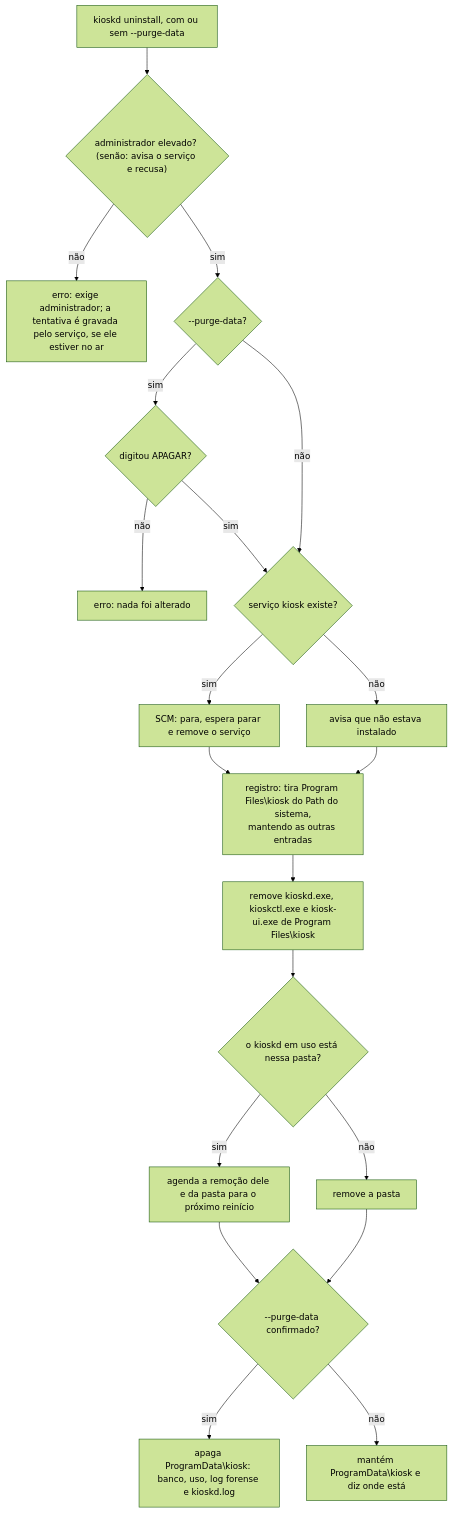
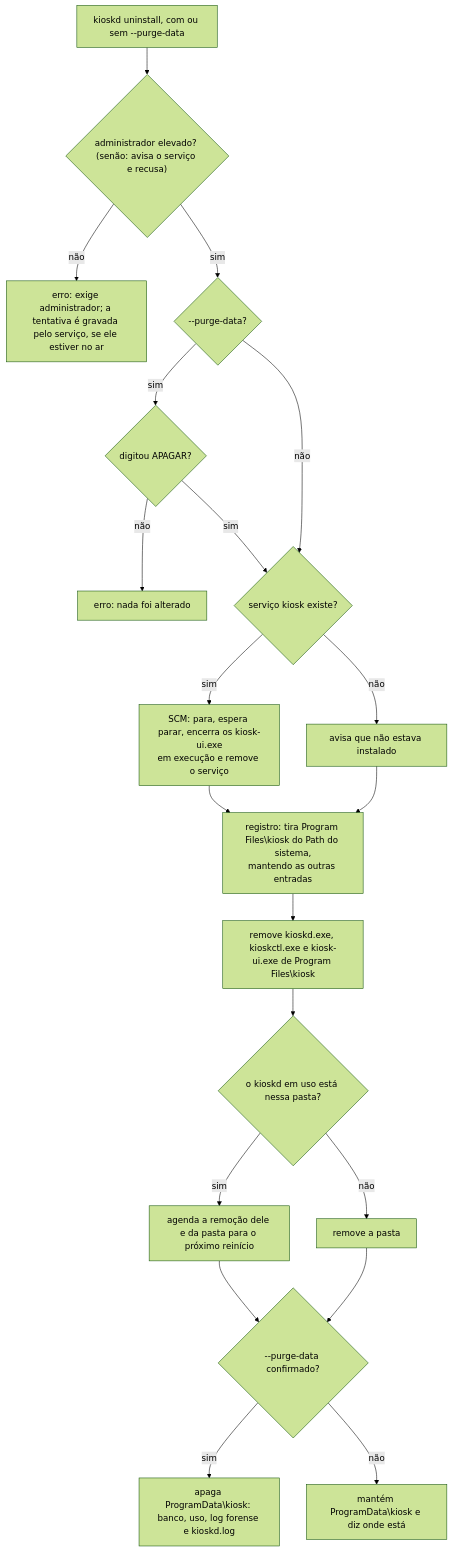
Before and after one commit to jefersonlop3s/kiosk-engine: diagram 19 of 30 in docs/architecture/fluxos-dos-comandos.md, drawn with Mermaid (forest theme). The commit also changed other lines of this file and 16 other files, not shown here.

````diff
--- a/docs/architecture/fluxos-dos-comandos.md
+++ b/docs/architecture/fluxos-dos-comandos.md
@@ -305,22 +307,22 @@
 ```mermaid
 flowchart TD
     A["kioskd uninstall, com ou sem --purge-data"] --> A0{"administrador elevado? (senão: avisa o serviço e recusa)"}
     A0 -->|não| E0["erro: exige administrador; a tentativa é gravada pelo serviço, se ele estiver no ar"]
     A0 -->|sim| B{"--purge-data?"}
     B -->|sim| C{"digitou APAGAR?"}
     C -->|não| E1["erro: nada foi alterado"]
     C -->|sim| D
     B -->|não| D{"serviço kiosk existe?"}
-    D -->|sim| F["SCM: para, espera parar e remove o serviço"]
+    D -->|sim| F["SCM: para, espera parar, encerra os kiosk-ui.exe<br/>em execução e remove o serviço"]
     D -->|não| G["avisa que não estava instalado"]
     F --> Q["registro: tira Program Files\kiosk do Path do sistema,<br/>mantendo as outras entradas"]
     G --> Q
     Q --> H["remove kioskd.exe, kioskctl.exe e kiosk-ui.exe de Program Files\kiosk"]
     H --> I{"o kioskd em uso está nessa pasta?"}
     I -->|sim| J["agenda a remoção dele e da pasta para o próximo reinício"]
     I -->|não| K["remove a pasta"]
     J --> L{"--purge-data confirmado?"}
     K --> L
     L -->|sim| M["apaga ProgramData\kiosk: banco, uso, log forense e kioskd.log"]
     L -->|não| N["mantém ProgramData\kiosk e diz onde está"]
 ```
````
